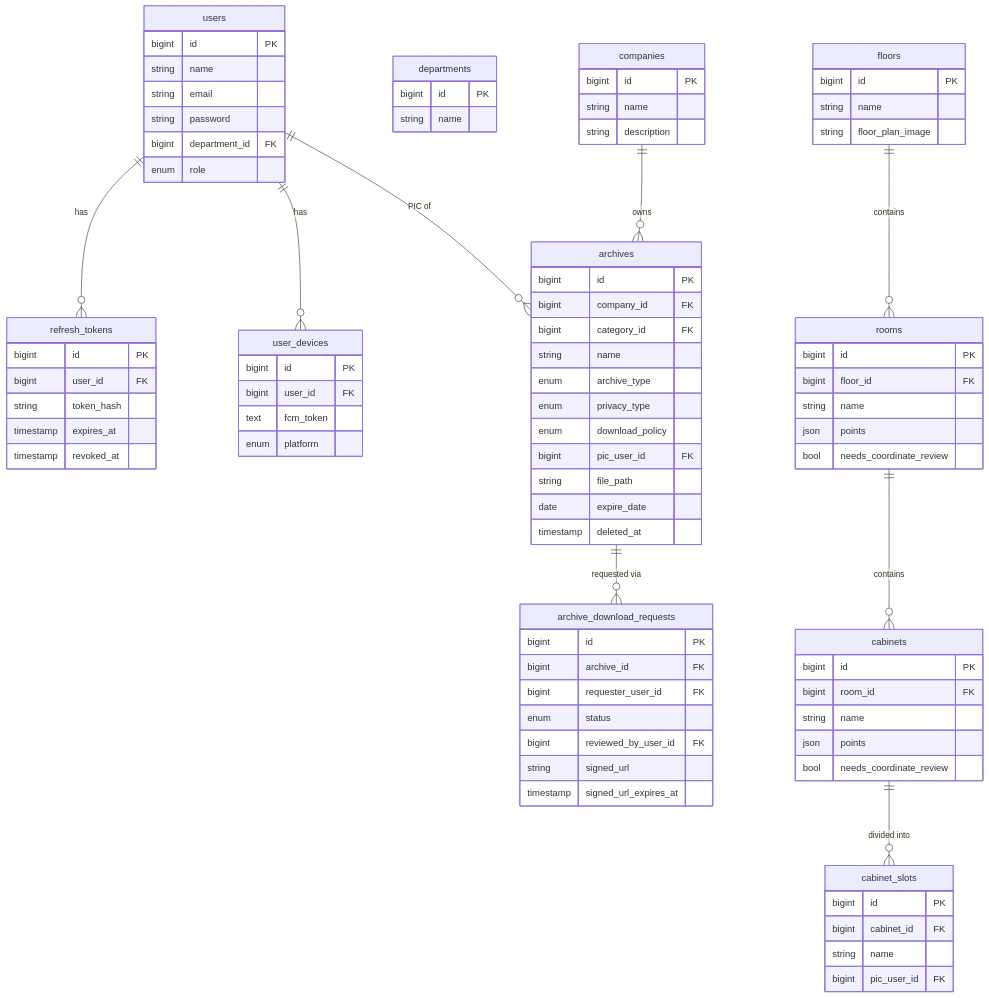
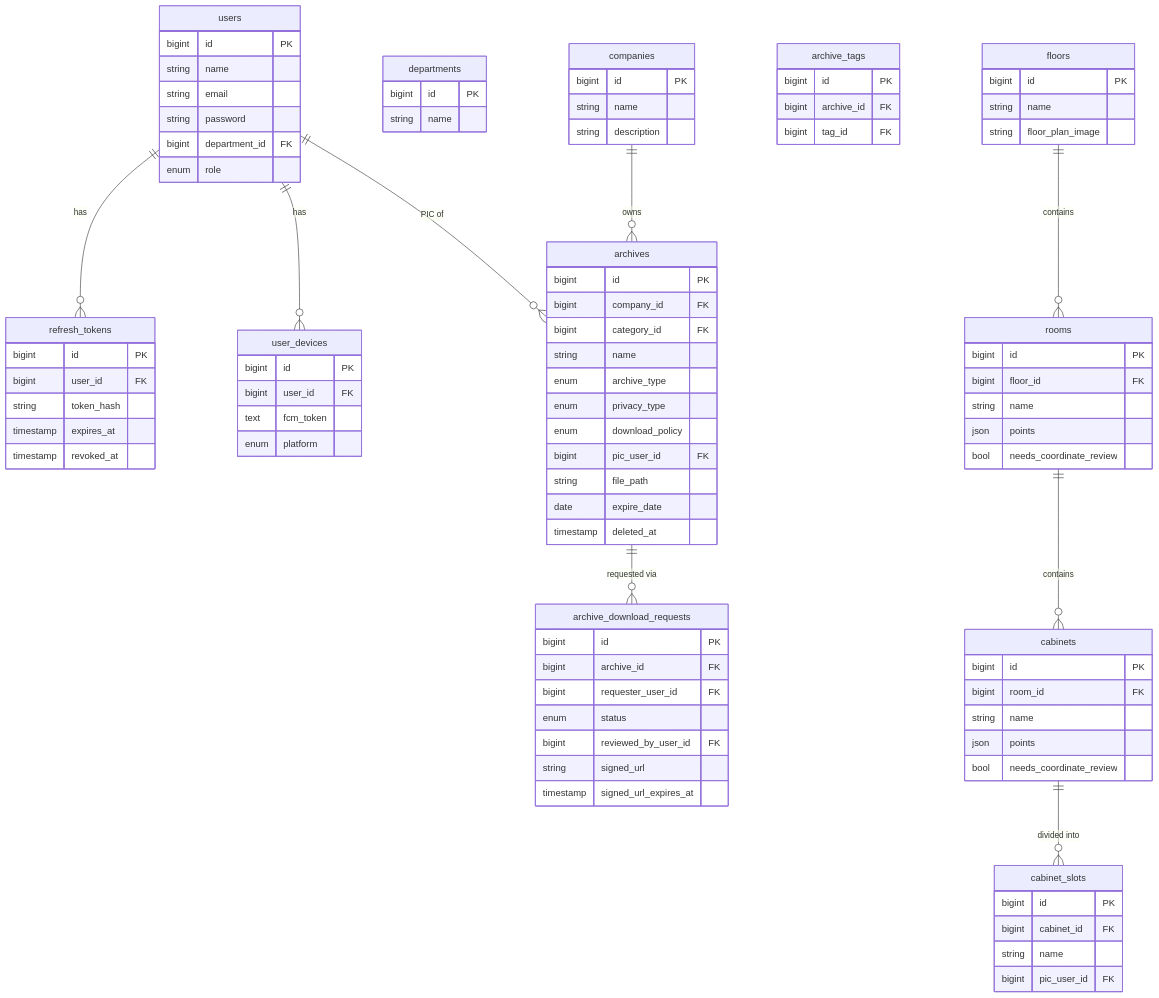
One commit to it126sig-hash/arsig changed the diagram in prd/PRD-04-DATABASE.md. Above: the diagram before and after it, drawn with Mermaid. The commit also changed other lines of this file and 54 other files, not shown here.

```diff
--- a/prd/PRD-04-DATABASE.md
+++ b/prd/PRD-04-DATABASE.md
@@ -138,6 +160,12 @@
         timestamp deleted_at
     }
 
+    archive_tags {
+        bigint id PK
+        bigint archive_id FK
+        bigint tag_id FK
+    }
+
     archive_download_requests {
         bigint id PK
         bigint archive_id FK
```
